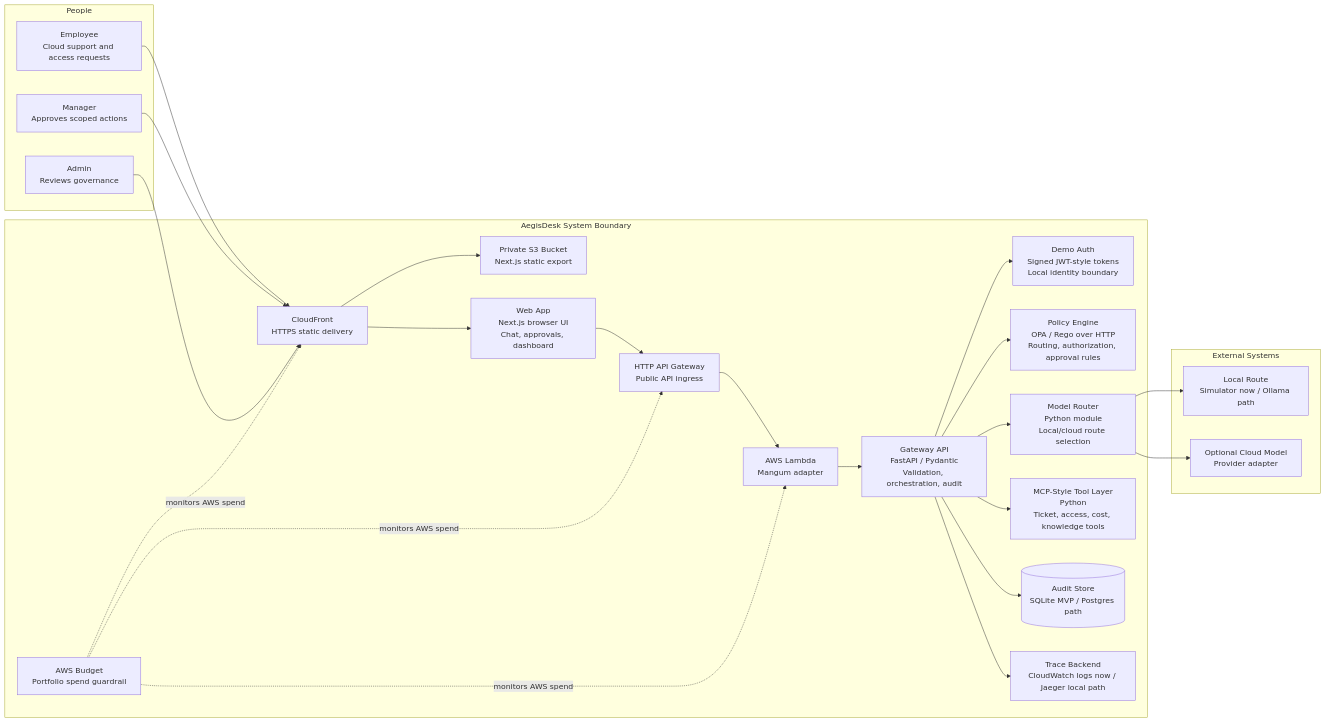
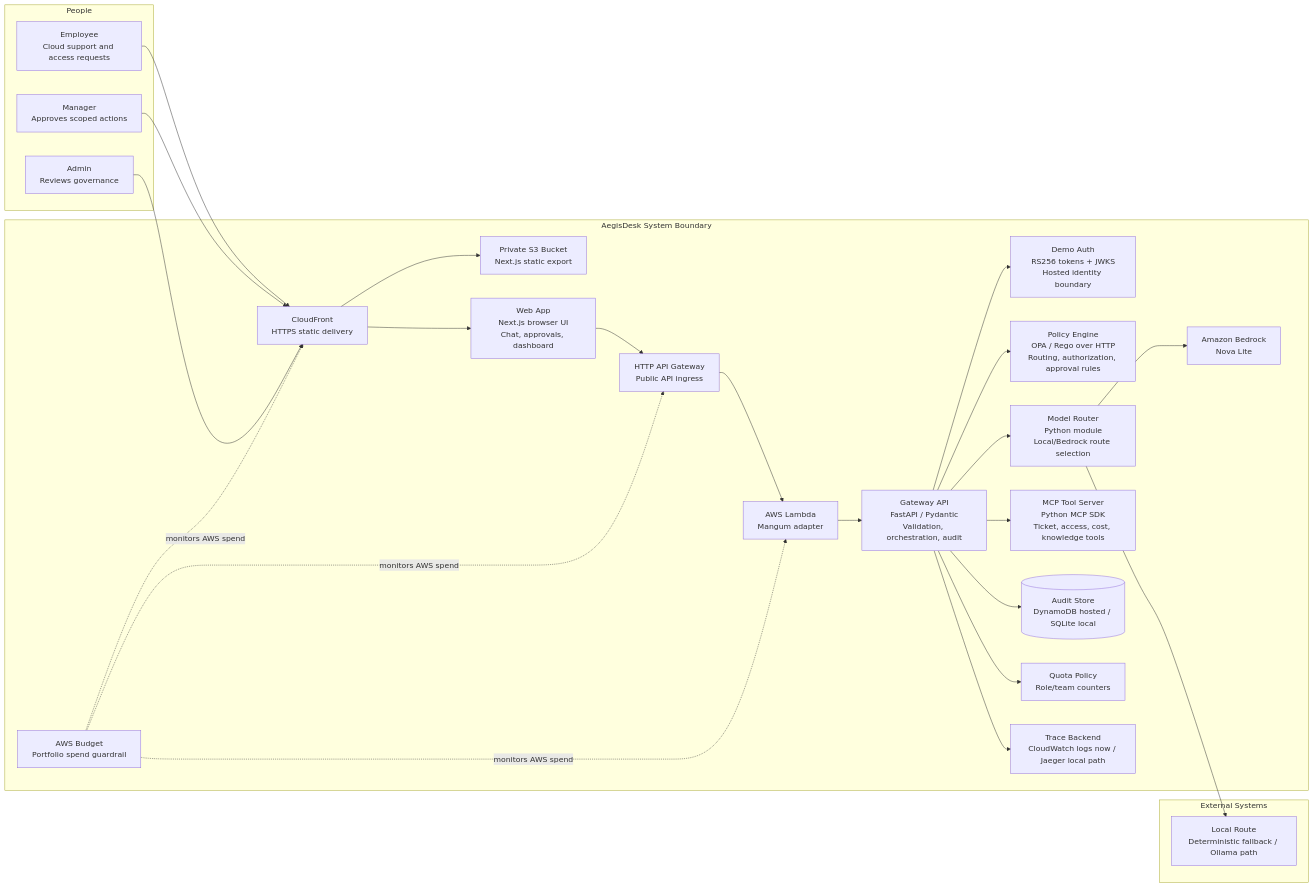
One commit to manynames3/aegisdesk-cloudops-control-plane changed the diagram in docs/architecture.md. Above: the diagram before and after it, drawn with Mermaid. The commit also changed other lines of this file and 44 other files, not shown here.

Commit message:
feat: add Bedrock DynamoDB JWKS MCP and deploy automation

````diff
--- a/docs/architecture.md
+++ b/docs/architecture.md
@@ -7,49 +7,51 @@
 ```mermaid
 flowchart LR
     subgraph People["People"]
         Employee["Employee<br/>Cloud support and access requests"]
         Manager["Manager<br/>Approves scoped actions"]
         Admin["Admin<br/>Reviews governance"]
     end
 
     subgraph AegisDesk["AegisDesk System Boundary"]
         CDN["CloudFront<br/>HTTPS static delivery"]
         Static["Private S3 Bucket<br/>Next.js static export"]
         Web["Web App<br/>Next.js browser UI<br/>Chat, approvals, dashboard"]
         APIGW["HTTP API Gateway<br/>Public API ingress"]
         Lambda["AWS Lambda<br/>Mangum adapter"]
-        Auth["Demo Auth<br/>Signed JWT-style tokens<br/>Local identity boundary"]
+        Auth["Demo Auth<br/>RS256 tokens + JWKS<br/>Hosted identity boundary"]
         API["Gateway API<br/>FastAPI / Pydantic<br/>Validation, orchestration, audit"]
         Policy["Policy Engine<br/>OPA / Rego over HTTP<br/>Routing, authorization, approval rules"]
-        Router["Model Router<br/>Python module<br/>Local/cloud route selection"]
-        Tools["MCP-Style Tool Layer<br/>Python<br/>Ticket, access, cost, knowledge tools"]
-        Audit[("Audit Store<br/>SQLite MVP / Postgres path")]
+        Router["Model Router<br/>Python module<br/>Local/Bedrock route selection"]
+        Bedrock["Amazon Bedrock<br/>Nova Lite"]
+        Tools["MCP Tool Server<br/>Python MCP SDK<br/>Ticket, access, cost, knowledge tools"]
+        Audit[("Audit Store<br/>DynamoDB hosted / SQLite local")]
+        Quota["Quota Policy<br/>Role/team counters"]
         Trace["Trace Backend<br/>CloudWatch logs now / Jaeger local path"]
         Budget["AWS Budget<br/>Portfolio spend guardrail"]
     end
 
     subgraph External["External Systems"]
-        LocalModel["Local Route<br/>Simulator now / Ollama path"]
-        CloudModel["Optional Cloud Model<br/>Provider adapter"]
+        LocalModel["Local Route<br/>Deterministic fallback / Ollama path"]
     end
 
     Employee --> CDN
     Manager --> CDN
     Admin --> CDN
     CDN --> Static
     CDN --> Web
     Web --> APIGW
     APIGW --> Lambda
     Lambda --> API
     API --> Auth
     API --> Policy
+    API --> Quota
     API --> Router
     Router --> LocalModel
-    Router --> CloudModel
+    Router --> Bedrock
     API --> Tools
     API --> Audit
     API --> Trace
     Budget -.->|monitors AWS spend| CDN
     Budget -.->|monitors AWS spend| APIGW
     Budget -.->|monitors AWS spend| Lambda
 ```
````
